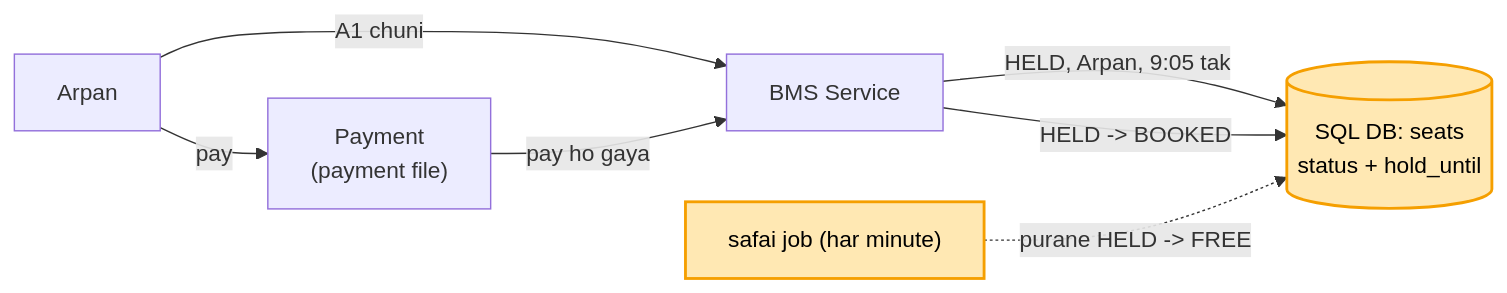
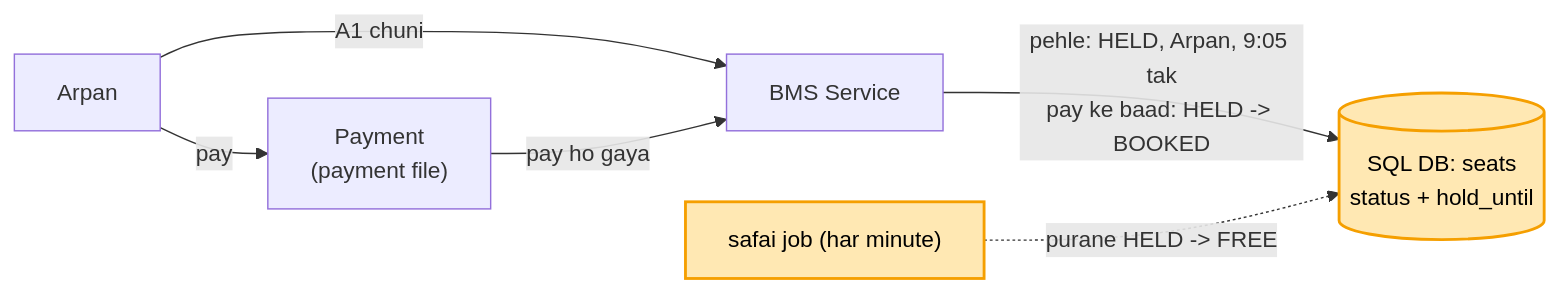
Before and after one commit to ArpanMaheshwari144/Prep: the second of 5 diagrams in 04_HLD/SYSTEM_DESIGNS/09_bookmyshow/09_bookmyshow.md, drawn with Mermaid. The commit also changed other lines of this file and 7 other files, not shown here.

Commit message:
HLD diagram: 13 jagah do dabbon ke beech do teer the (label dabbe pe chadhta) -> ek teer, jaata / wapas do line

````diff
--- a/04_HLD/SYSTEM_DESIGNS/09_bookmyshow/09_bookmyshow.md
+++ b/04_HLD/SYSTEM_DESIGNS/09_bookmyshow/09_bookmyshow.md
@@ -127,11 +127,10 @@
 ```mermaid
 flowchart LR
     U["Arpan"] -- "A1 chuni" --> S["BMS Service"]
-    S -- "HELD, Arpan, 9:05 tak" --> D[("SQL DB: seats<br/>status + hold_until")]
+    S -- "pehle: HELD, Arpan, 9:05 tak<br/>pay ke baad: HELD -> BOOKED" --> D[("SQL DB: seats<br/>status + hold_until")]
     U -- "pay" --> P["Payment<br/>(payment file)"]
     P -- "pay ho gaya" --> S
-    S -- "HELD -> BOOKED" --> D
     J["safai job (har minute)"] -. "purane HELD -> FREE" .-> D
     style D fill:#ffe8b3,stroke:#f59f00,stroke-width:2px,color:#000
     style J fill:#ffe8b3,stroke:#f59f00,stroke-width:2px,color:#000
 ```
````
